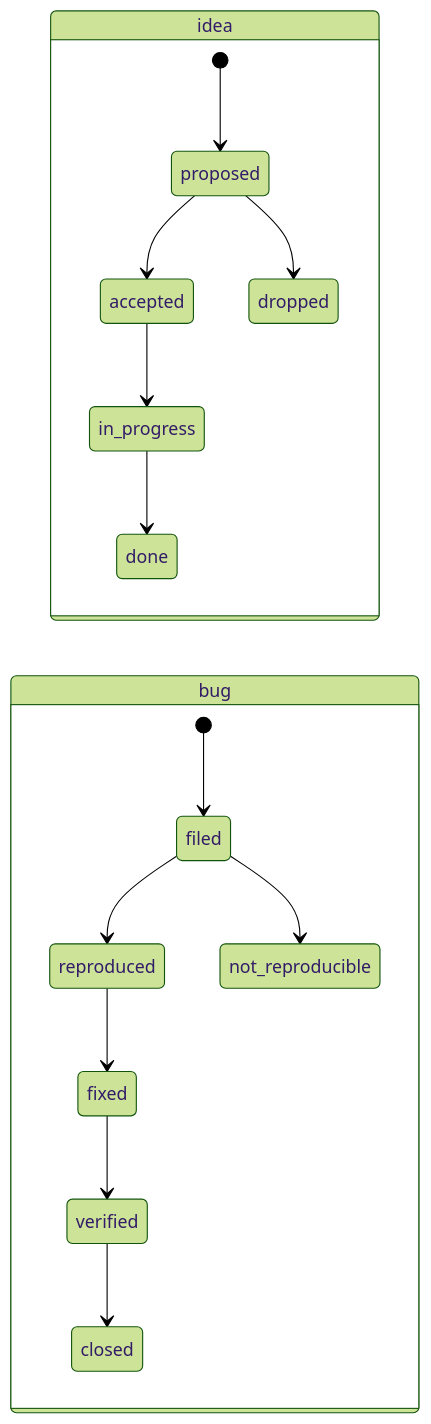
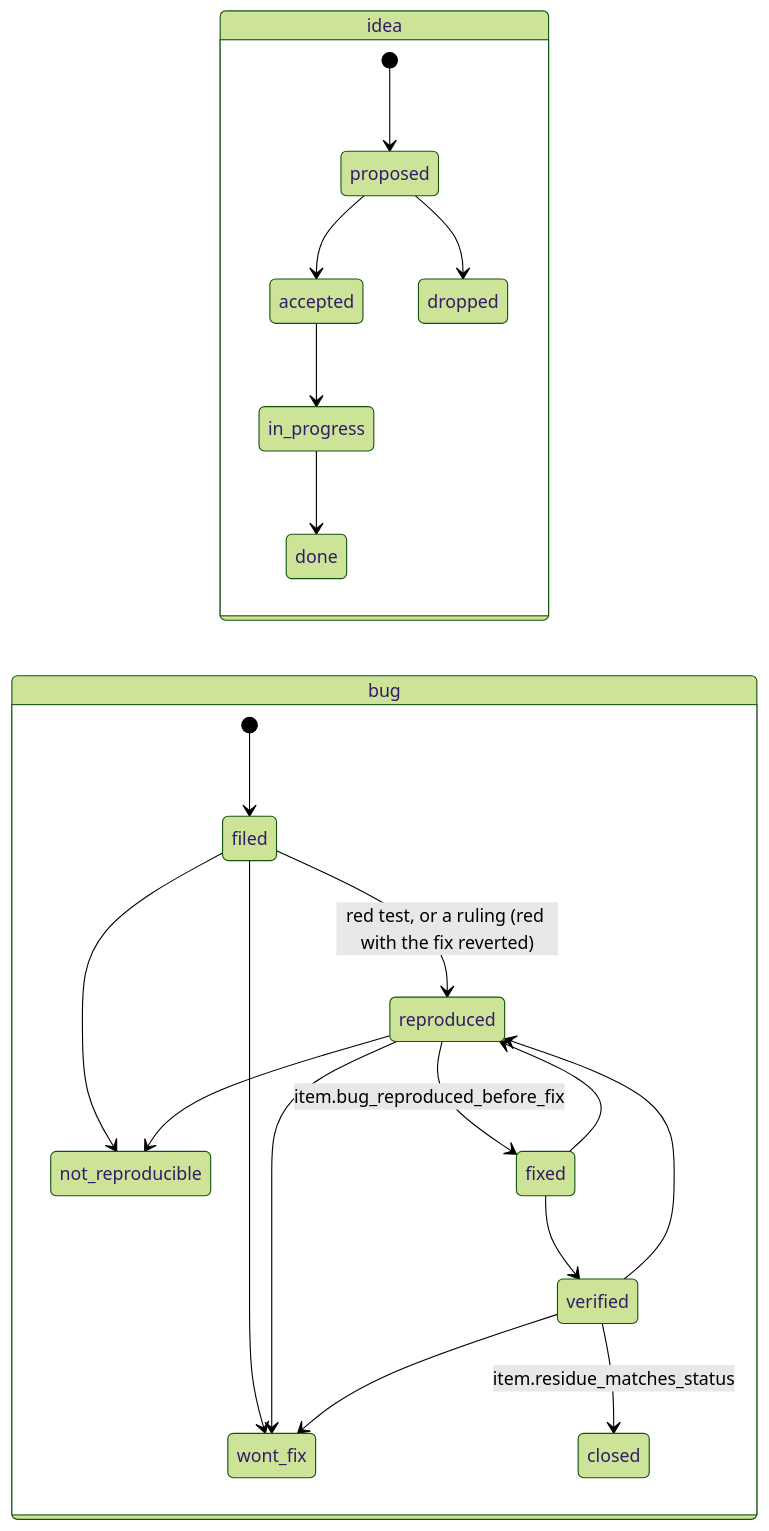
The fifth of 5 diagrams in docs/architecture/state_model.md (Mindchallenges/Invariant), drawn with Mermaid (forest theme) before and after one commit. The commit also changed other lines of this file and 9 other files, not shown here.

````diff
--- a/docs/architecture/state_model.md
+++ b/docs/architecture/state_model.md
@@ -1154,19 +1154,25 @@
 ```mermaid
 stateDiagram-v2
     direction LR
     state "idea" as I {
         [*] --> proposed
         proposed --> accepted
         proposed --> dropped
         accepted --> in_progress
         in_progress --> done
     }
     state "bug" as B {
         [*] --> filed
-        filed --> reproduced
+        filed --> reproduced: red test, or a ruling (red with the fix reverted)
         filed --> not_reproducible
-        reproduced --> fixed
+        filed --> wont_fix
+        reproduced --> fixed: item.bug_reproduced_before_fix
+        reproduced --> not_reproducible
+        reproduced --> wont_fix
         fixed --> verified
-        verified --> closed
+        fixed --> reproduced
+        verified --> closed: item.residue_matches_status
+        verified --> reproduced
+        verified --> wont_fix
     }
 ```
````
